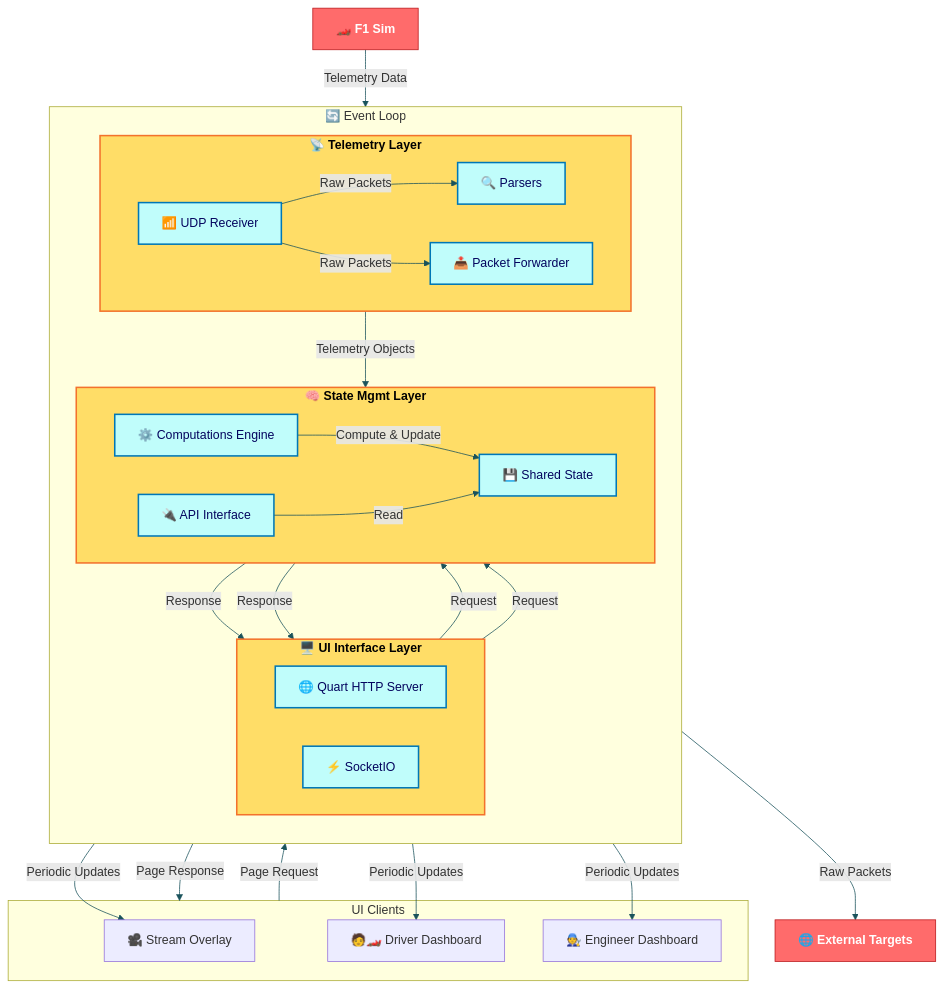
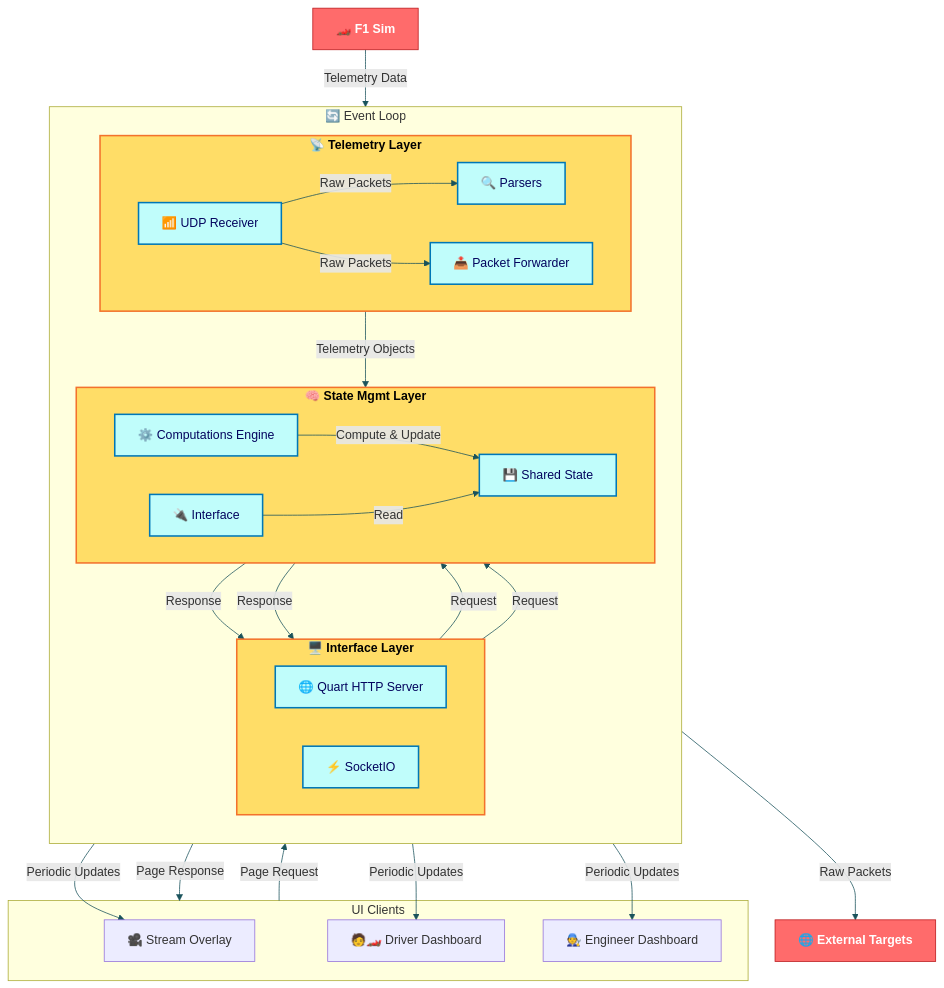
The diagram in docs/arch.mmd (ashwin-nat/pits-n-giggles), drawn with Mermaid before and after one commit. The commit also changed 37 other files, not shown here.

First line of the commit message:
Refactor state management and Intf layer + SocketIO subscriber (#136)

```diff
--- a/docs/arch.mmd
+++ b/docs/arch.mmd
@@ -1,72 +1,72 @@
 %%{ init : { "theme" : "default", "themeVariables": {
     "background": "#ffffff",
     "primaryColor": "#4ECDC4",
     "primaryTextColor": "#1A535C",
     "primaryBorderColor": "#1A535C",
     "lineColor": "#1A535C",
     "fontSize": "16px"
 }} }%%
 
 flowchart TD
     %% Main components
     F1_SIM["🏎️ F1 Sim"]
     EXT_TGT["🌐 External Targets"]
 
     %% Event Loop with revised layout - UI and Telemetry on same level, State Management below
     subgraph EVENT_LOOP["🔄 Event Loop"]
         direction TB
 
         subgraph TELEMETRY_LAYER["📡 Telemetry Layer"]
             direction LR
             UDP_RECV["📶 UDP Receiver"]
             PARSERS["🔍 Parsers"]
             PACKET_FWD["📤 Packet Forwarder"]
         end
 
-        subgraph UI_INTF_LAYER["🖥️ UI Interface Layer"]
+        subgraph INTF_LAYER["🖥️ Interface Layer"]
             direction LR
             QUART["🌐 Quart HTTP Server"]
             SOCKETIO["⚡ SocketIO"]
         end
 
         subgraph STATE_MGMT_LAYER["🧠 State Mgmt Layer"]
             direction LR
             COMP_ENGINE["⚙️ Computations Engine"]
             SHARED_STATE["💾 Shared State"]
-            API_INTF["🔌 API Interface"]
+            API_INTF["🔌 Interface"]
         end
     end
 
     subgraph UI_CLIENTS["UI Clients"]
         STREAM_OVERLAY["🎥 Stream Overlay"]
         DRV_VIEW["🧑🏎️ Driver Dashboard"]
         ENG_VIEW["🧑‍🔧 Engineer Dashboard"]
     end
 
     %% External connections
     F1_SIM -->|"Telemetry Data"| UDP_RECV
     UDP_RECV -->|"Raw Packets"| PARSERS
     UDP_RECV -->|"Raw Packets"| PACKET_FWD
     PACKET_FWD -->|"Raw Packets"| EXT_TGT
     PARSERS -->|"Telemetry Objects"| COMP_ENGINE
     COMP_ENGINE -->|"Compute & Update"| SHARED_STATE
     API_INTF -->|"Read"| SHARED_STATE
     QUART -->|"Request"| API_INTF
     API_INTF -->|"Response"| QUART
     SOCKETIO -->|"Request"| API_INTF
     API_INTF -->|"Response"| SOCKETIO
     SOCKETIO -->|"Periodic Updates"| STREAM_OVERLAY
     SOCKETIO -->|"Periodic Updates"| DRV_VIEW
     SOCKETIO -->|"Periodic Updates"| ENG_VIEW
     UI_CLIENTS -->|"Page Request"| QUART
     QUART -->|"Page Response"| UI_CLIENTS
 
 
     %% Classes for styles
     classDef external fill:#FF6B6B,stroke:#BA181B,color:#ffffff,font-weight:bold
     classDef layer fill:#FFDD67,stroke:#F3722C,stroke-width:2px,color:#000000,font-weight:bold
     classDef component fill:#C0FDFB,stroke:#0077B6,stroke-width:2px,color:#03045E,rounded
 
     class F1_SIM,EXT_TGT external
-    class TELEMETRY_LAYER,STATE_MGMT_LAYER,UI_INTF_LAYER layer
+    class TELEMETRY_LAYER,STATE_MGMT_LAYER,INTF_LAYER layer
     class UDP_RECV,PARSERS,PACKET_FWD,COMP_ENGINE,API_INTF,SHARED_STATE,QUART,SOCKETIO component
```
